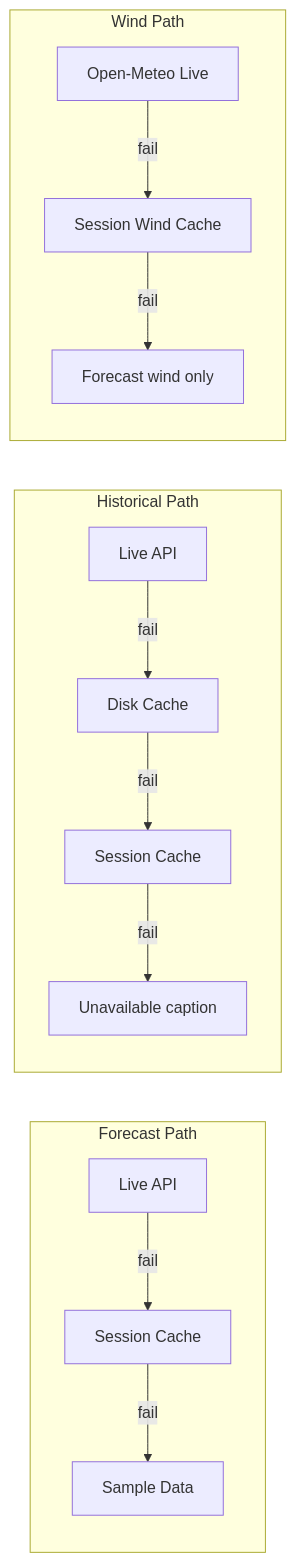
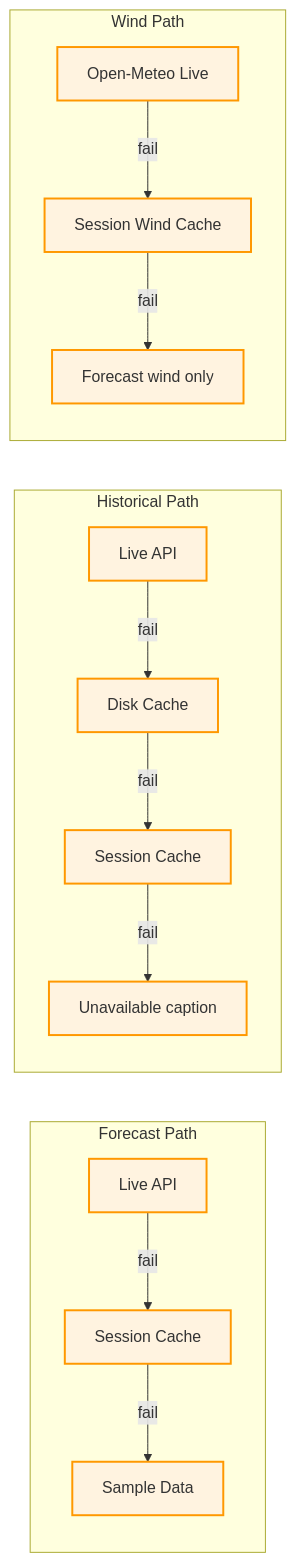
One commit to RobinWikoff/the-farm-monitor changed the seventh of 7 diagrams in docs/c4/c4-ui-feature-map.md. Above: the diagram before and after it, drawn with Mermaid. The commit also changed other lines of this file and 16 other files, not shown here.

First line of the commit message:
Improve C4 UI feature map layout with focused per-domain diagrams

````diff
--- a/docs/c4/c4-ui-feature-map.md
+++ b/docs/c4/c4-ui-feature-map.md
@@ -128,18 +298,24 @@
 ```mermaid
-graph LR
-    subgraph Forecast Path
+flowchart LR
+    subgraph FC["Forecast Path"]
+        direction TB
         F1["Live API"] -->|fail| F2["Session Cache"]
         F2 -->|fail| F3["Sample Data"]
     end
 
-    subgraph Historical Path
+    subgraph HC["Historical Path"]
+        direction TB
         H1["Live API"] -->|fail| H2["Disk Cache"]
         H2 -->|fail| H3["Session Cache"]
         H3 -->|fail| H4["Unavailable caption"]
     end
 
-    subgraph Wind Path
+    subgraph WC["Wind Path"]
+        direction TB
         W1["Open-Meteo Live"] -->|fail| W2["Session Wind Cache"]
         W2 -->|fail| W3["Forecast wind only"]
     end
+
+    classDef cascade fill:#fff3e0,stroke:#FF9800,stroke-width:2px
+    class F1,F2,F3,H1,H2,H3,H4,W1,W2,W3 cascade
 ```
````
